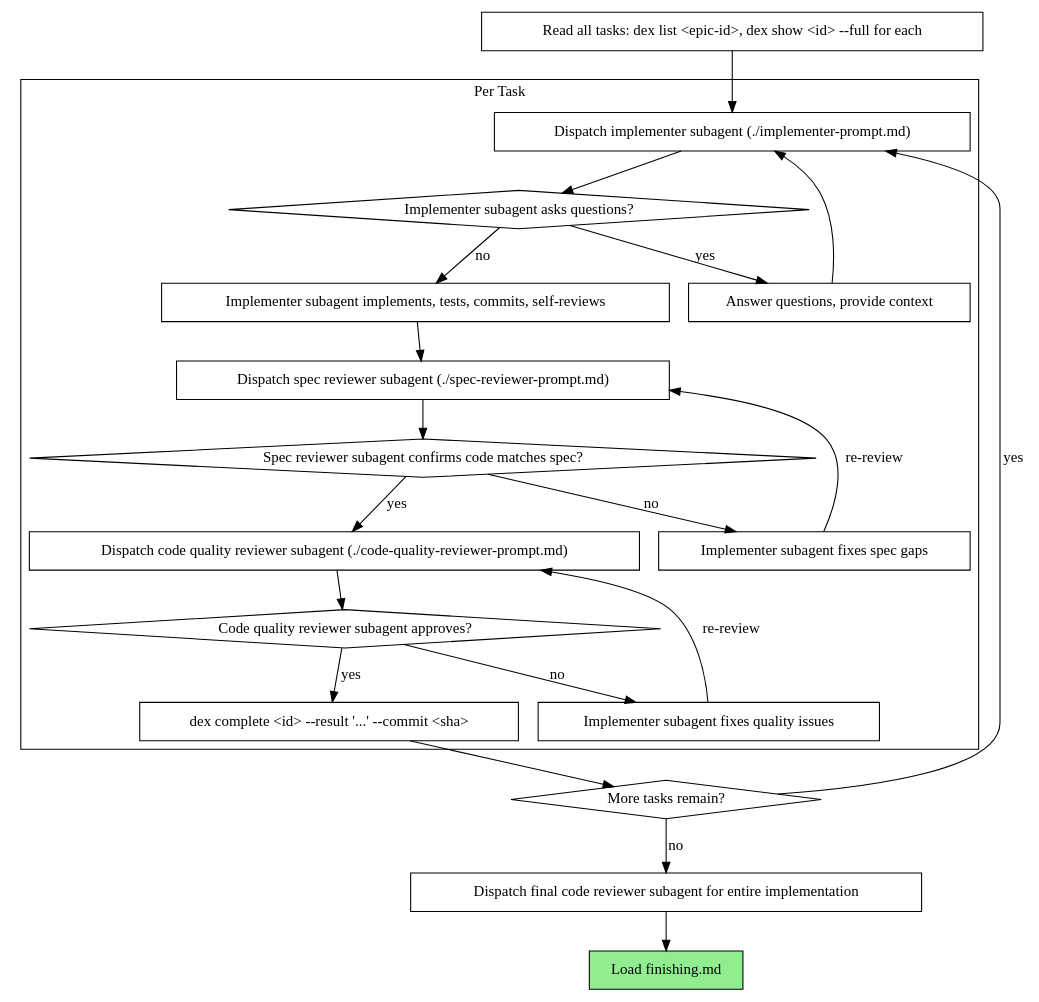
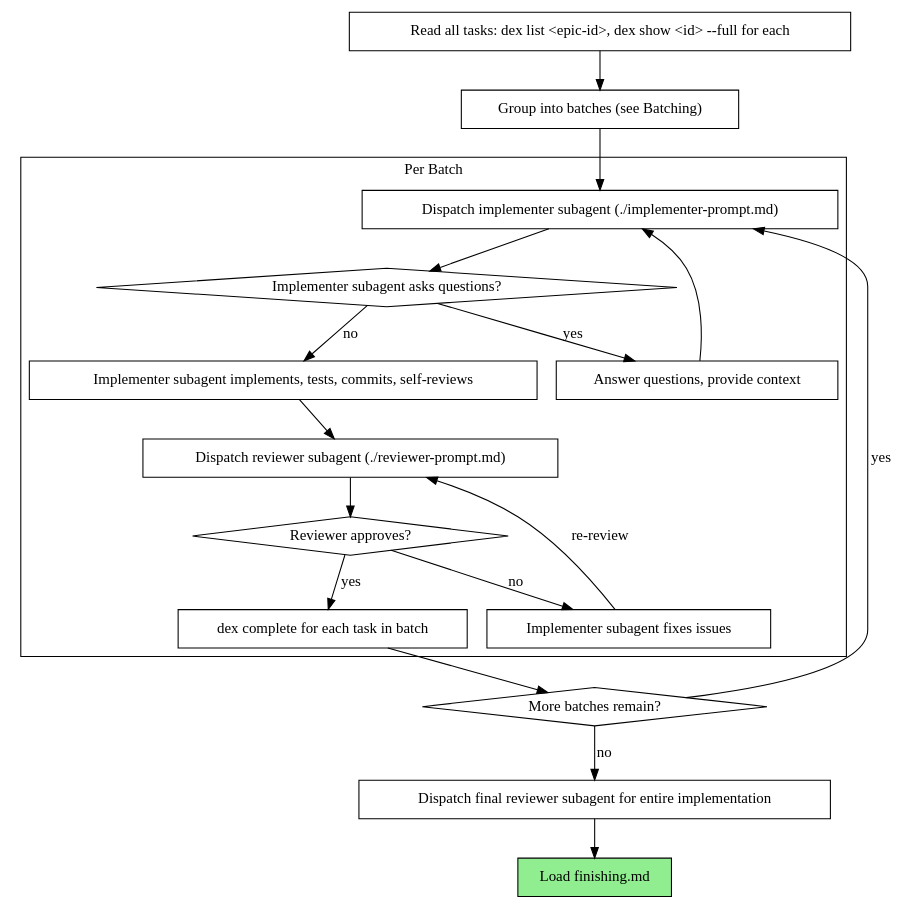
One commit to MarcPorciuncula/skills changed the diagram in dex-superpowers/execution.md. Above: the diagram before and after it, drawn with Graphviz. The commit also changed other lines of this file and 5 other files, not shown here.

First line of the commit message:
Collapse two-stage review into single pass and add task batching

````diff
--- a/dex-superpowers/execution.md
+++ b/dex-superpowers/execution.md
@@ -13,44 +13,39 @@
 ```dot
 digraph process {
     rankdir=TB;
 
-    subgraph cluster_per_task {
-        label="Per Task";
+    subgraph cluster_per_batch {
+        label="Per Batch";
         "Dispatch implementer subagent (./implementer-prompt.md)" [shape=box];
         "Implementer subagent asks questions?" [shape=diamond];
         "Answer questions, provide context" [shape=box];
         "Implementer subagent implements, tests, commits, self-reviews" [shape=box];
-        "Dispatch spec reviewer subagent (./spec-reviewer-prompt.md)" [shape=box];
-        "Spec reviewer subagent confirms code matches spec?" [shape=diamond];
-        "Implementer subagent fixes spec gaps" [shape=box];
-        "Dispatch code quality reviewer subagent (./code-quality-reviewer-prompt.md)" [shape=box];
-        "Code quality reviewer subagent approves?" [shape=diamond];
-        "Implementer subagent fixes quality issues" [shape=box];
-        "dex complete <id> --result '...' --commit <sha>" [shape=box];
+        "Dispatch reviewer subagent (./reviewer-prompt.md)" [shape=box];
+        "Reviewer approves?" [shape=diamond];
+        "Implementer subagent fixes issues" [shape=box];
+        "dex complete for each task in batch" [shape=box];
     }
 
     "Read all tasks: dex list <epic-id>, dex show <id> --full for each" [shape=box];
-    "More tasks remain?" [shape=diamond];
-    "Dispatch final code reviewer subagent for entire implementation" [shape=box];
+    "Group into batches (see Batching)" [shape=box];
+    "More batches remain?" [shape=diamond];
+    "Dispatch final reviewer subagent for entire implementation" [shape=box];
     "Load finishing.md" [shape=box style=filled fillcolor=lightgreen];
 
-    "Read all tasks: dex list <epic-id>, dex show <id> --full for each" -> "Dispatch implementer subagent (./implementer-prompt.md)";
+    "Read all tasks: dex list <epic-id>, dex show <id> --full for each" -> "Group into batches (see Batching)";
+    "Group into batches (see Batching)" -> "Dispatch implementer subagent (./implementer-prompt.md)";
     "Dispatch implementer subagent (./implementer-prompt.md)" -> "Implementer subagent asks questions?";
     "Implementer subagent asks questions?" -> "Answer questions, provide context" [label="yes"];
     "Answer questions, provide context" -> "Dispatch implementer subagent (./implementer-prompt.md)";
     "Implementer subagent asks questions?" -> "Implementer subagent implements, tests, commits, self-reviews" [label="no"];
-    "Implementer subagent implements, tests, commits, self-reviews" -> "Dispatch spec reviewer subagent (./spec-reviewer-prompt.md)";
-    "Dispatch spec reviewer subagent (./spec-reviewer-prompt.md)" -> "Spec reviewer subagent confirms code matches spec?";
-    "Spec reviewer subagent confirms code matches spec?" -> "Implementer subagent fixes spec gaps" [label="no"];
-    "Implementer subagent fixes spec gaps" -> "Dispatch spec reviewer subagent (./spec-reviewer-prompt.md)" [label="re-review"];
-    "Spec reviewer subagent confirms code matches spec?" -> "Dispatch code quality reviewer subagent (./code-quality-reviewer-prompt.md)" [label="yes"];
-    "Dispatch code quality reviewer subagent (./code-quality-reviewer-prompt.md)" -> "Code quality reviewer subagent approves?";
-    "Code quality reviewer subagent approves?" -> "Implementer subagent fixes quality issues" [label="no"];
-    "Implementer subagent fixes quality issues" -> "Dispatch code quality reviewer subagent (./code-quality-reviewer-prompt.md)" [label="re-review"];
-    "Code quality reviewer subagent approves?" -> "dex complete <id> --result '...' --commit <sha>" [label="yes"];
-    "dex complete <id> --result '...' --commit <sha>" -> "More tasks remain?";
-    "More tasks remain?" -> "Dispatch implementer subagent (./implementer-prompt.md)" [label="yes"];
-    "More tasks remain?" -> "Dispatch final code reviewer subagent for entire implementation" [label="no"];
-    "Dispatch final code reviewer subagent for entire implementation" -> "Load finishing.md";
+    "Implementer subagent implements, tests, commits, self-reviews" -> "Dispatch reviewer subagent (./reviewer-prompt.md)";
+    "Dispatch reviewer subagent (./reviewer-prompt.md)" -> "Reviewer approves?";
+    "Reviewer approves?" -> "Implementer subagent fixes issues" [label="no"];
+    "Implementer subagent fixes issues" -> "Dispatch reviewer subagent (./reviewer-prompt.md)" [label="re-review"];
+    "Reviewer approves?" -> "dex complete for each task in batch" [label="yes"];
+    "dex complete for each task in batch" -> "More batches remain?";
+    "More batches remain?" -> "Dispatch implementer subagent (./implementer-prompt.md)" [label="yes"];
+    "More batches remain?" -> "Dispatch final reviewer subagent for entire implementation" [label="no"];
+    "Dispatch final reviewer subagent for entire implementation" -> "Load finishing.md";
 }
 ```
````
